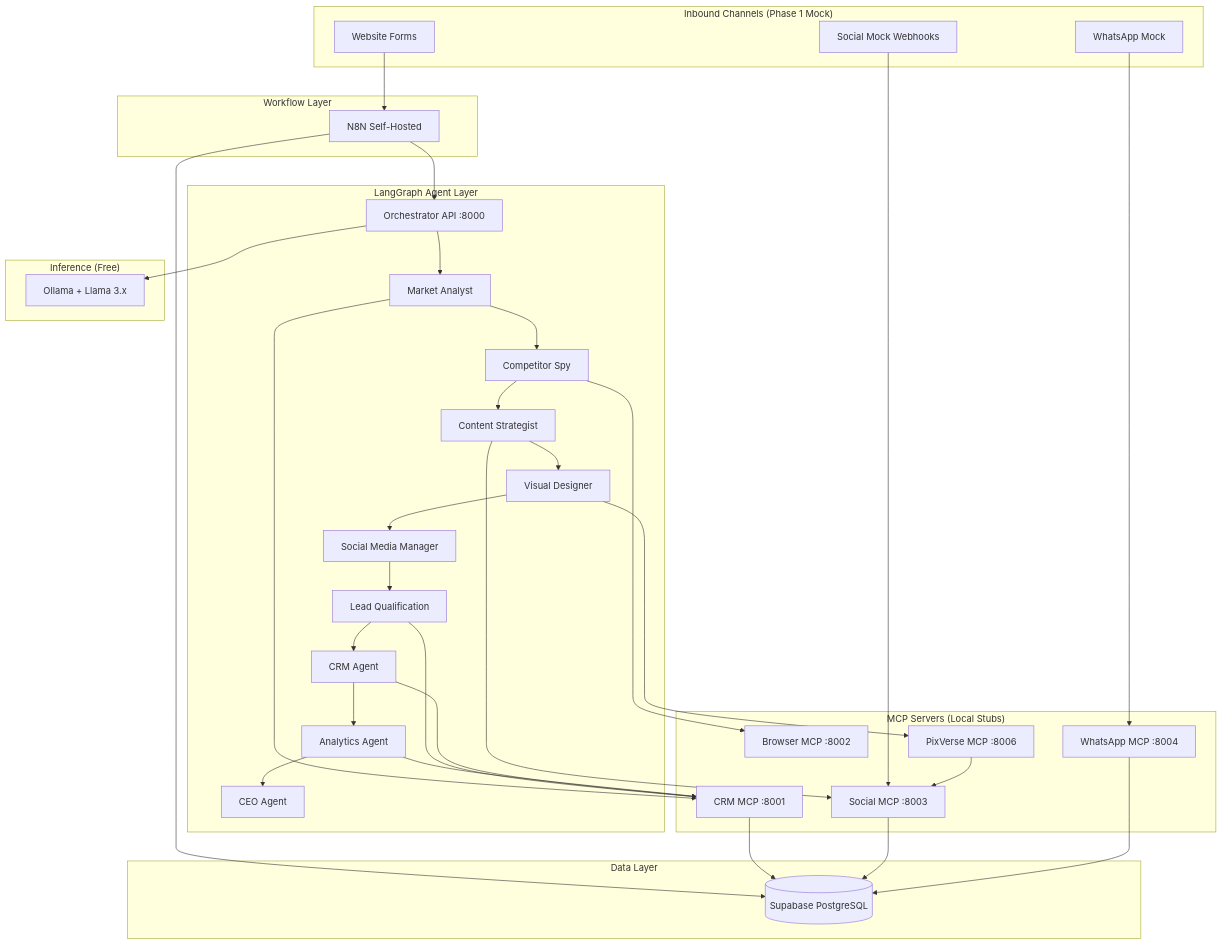
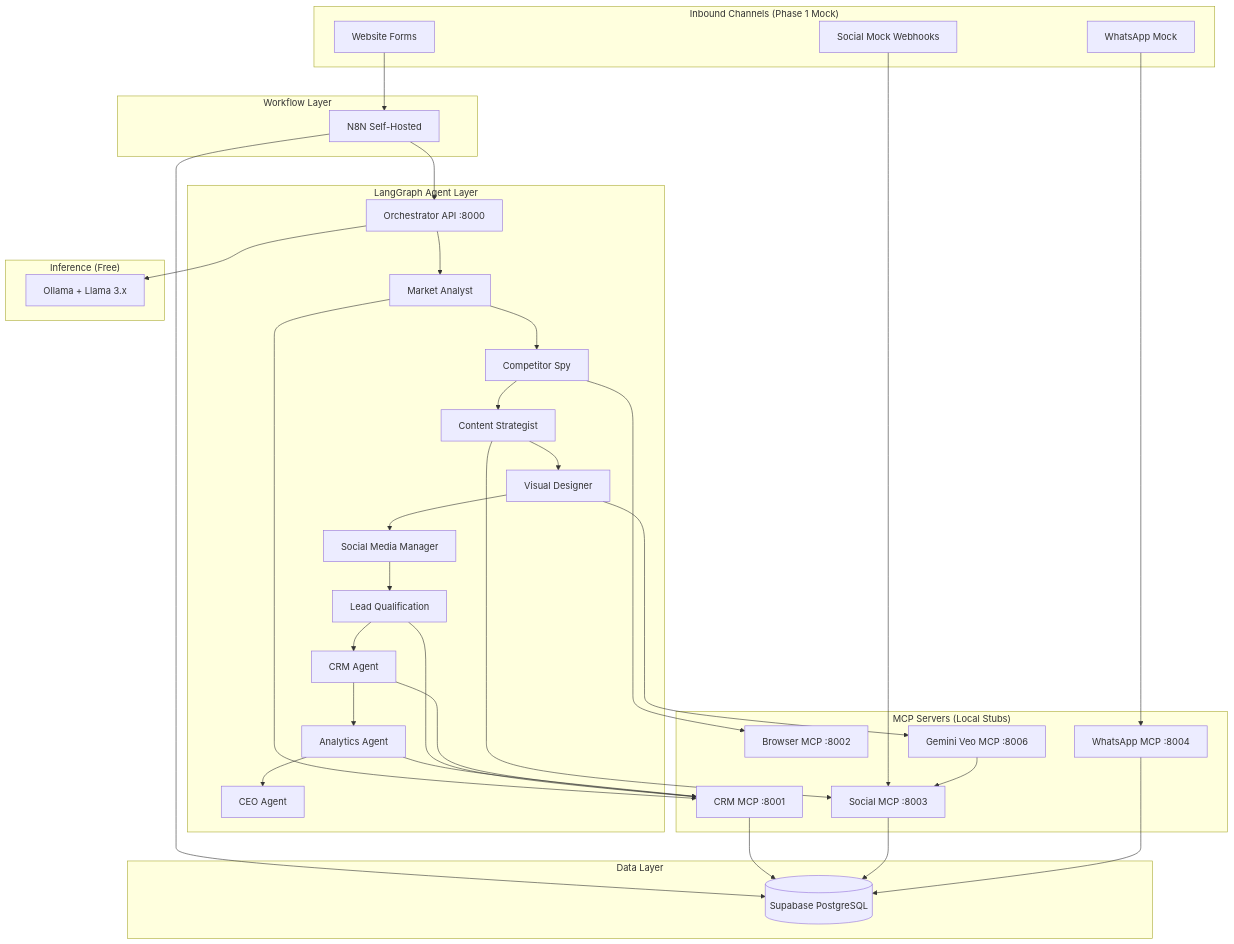
One commit to narendhrareddi-ship-it/Nivara-AREIS changed the first of 2 diagrams in docs/ARCHITECTURE.md. Above: the diagram before and after it, drawn with Mermaid. The commit also changed other lines of this file and 25 other files, not shown here.

First line of the commit message:
Replace PixVerse with Google Gemini Veo for photo-to-video

````diff
--- a/docs/ARCHITECTURE.md
+++ b/docs/ARCHITECTURE.md
@@ -7,64 +7,64 @@
 ```mermaid
 flowchart TB
     subgraph External["Inbound Channels (Phase 1 Mock)"]
         WEB[Website Forms]
         WA[WhatsApp Mock]
         SOC[Social Mock Webhooks]
     end
 
     subgraph Orchestration["Workflow Layer"]
         N8N[N8N Self-Hosted]
     end
 
     subgraph Agents["LangGraph Agent Layer"]
         CEO[CEO Agent]
         MA[Market Analyst]
         CS[Competitor Spy]
         CT[Content Strategist]
         VD[Visual Designer]
         SM[Social Media Manager]
         LQ[Lead Qualification]
         CRM[CRM Agent]
         AN[Analytics Agent]
         ORCH[Orchestrator API :8000]
     end
 
     subgraph MCP["MCP Servers (Local Stubs)"]
         CRM_MCP[CRM MCP :8001]
         BR_MCP[Browser MCP :8002]
         SOC_MCP[Social MCP :8003]
         WA_MCP[WhatsApp MCP :8004]
-        PV_MCP[PixVerse MCP :8006]
+        VEO_MCP[Gemini Veo MCP :8006]
     end
 
     subgraph Data["Data Layer"]
         SB[(Supabase PostgreSQL)]
     end
 
     subgraph LLM["Inference (Free)"]
         OLL[Ollama + Llama 3.x]
     end
 
     WEB --> N8N
     WA --> WA_MCP
     SOC --> SOC_MCP
 
     N8N --> ORCH
     N8N --> SB
 
     ORCH --> MA --> CS --> CT --> VD --> SM --> LQ --> CRM --> AN --> CEO
     ORCH --> OLL
 
     MA --> CRM_MCP
     CS --> BR_MCP
     LQ --> CRM_MCP
     CRM --> CRM_MCP
     AN --> CRM_MCP
     CT --> SOC_MCP
-    VD --> PV_MCP
-    PV_MCP --> SOC_MCP
+    VD --> VEO_MCP
+    VEO_MCP --> SOC_MCP
 
     CRM_MCP --> SB
     SOC_MCP --> SB
     WA_MCP --> SB
 ```
````
